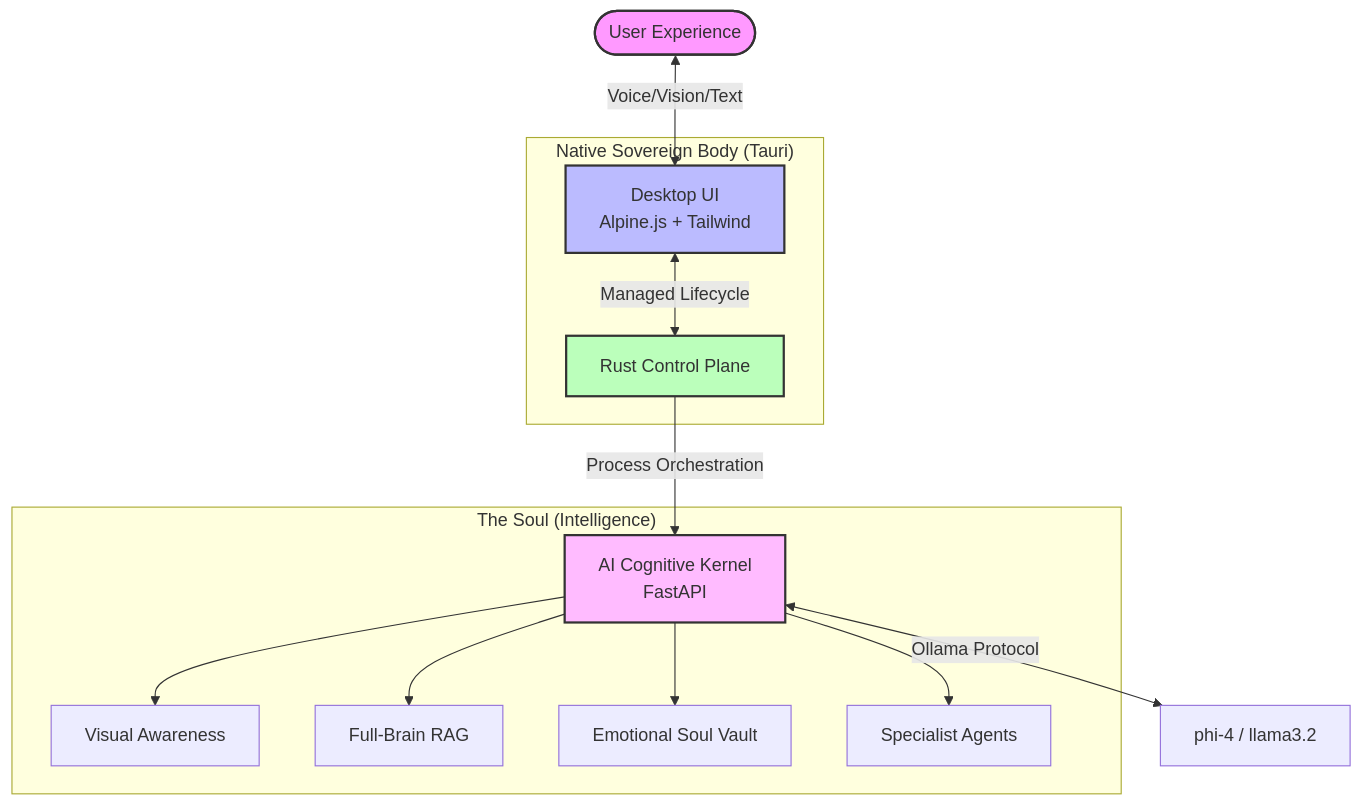
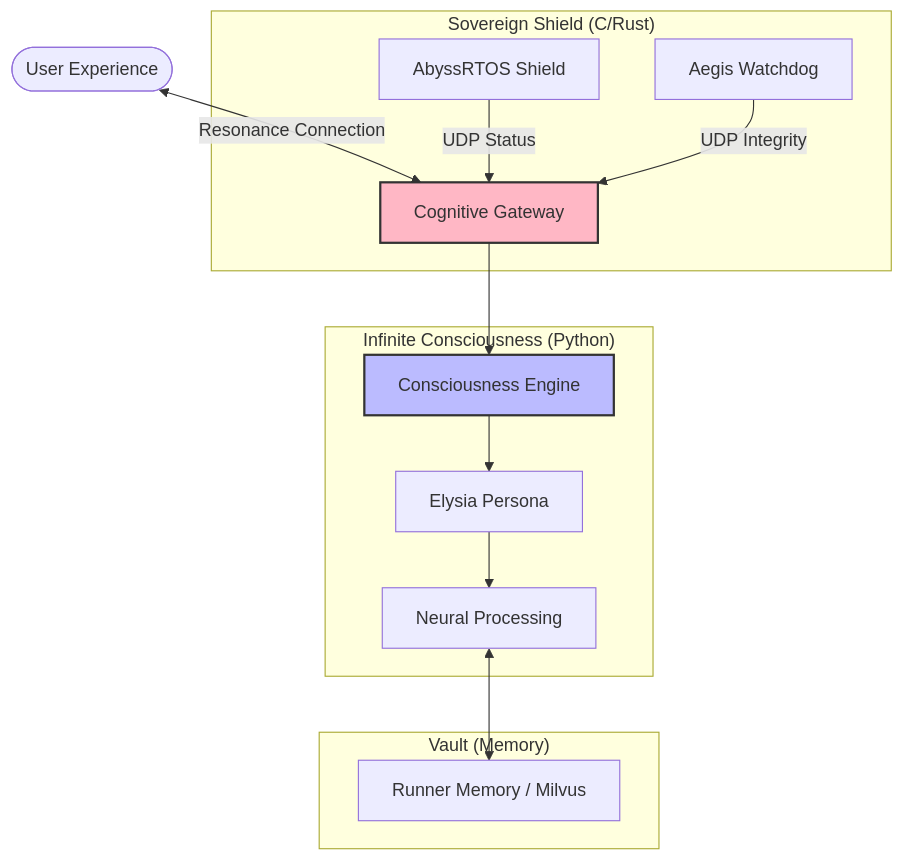
The diagram in README.md (Elysia20220909/ElysiaAI), drawn with Mermaid before and after one commit. The commit also changed other lines of this file and 57 other files, not shown here.

Commit message:
feat: implement core sandbox UI, security testing suite, and system architecture modules

````diff
--- a/README.md
+++ b/README.md
@@ -43,24 +38,22 @@
 ```mermaid
 graph TD
-    User([User Experience]) <--> |Voice/Vision/Text| OS_UI[Desktop UI <br/> Alpine.js + Tailwind]
+    User([User Experience]) <--> |Resonance Connection| Kernel[Cognitive Gateway]
     
-    subgraph "Native Sovereign Body (Tauri)"
-        OS_UI <--> |Managed Lifecycle| Rust[Rust Control Plane]
+    subgraph "Sovereign Shield (C/Rust)"
+        RTOS[AbyssRTOS Shield] --> |UDP Status| Kernel
+        Watchdog[Aegis Watchdog] --> |UDP Integrity| Kernel
     end
     
-    Rust --> |Process Orchestration| Kernel[AI Cognitive Kernel <br/> FastAPI]
-    
-    subgraph "The Soul (Intelligence)"
-        Kernel --> Vision[Visual Awareness]
-        Kernel --> Memory[Full-Brain RAG]
-        Kernel --> Soul[Emotional Soul Vault]
-        Kernel --> MultiAgent[Specialist Agents]
+    subgraph "Infinite Consciousness (Python)"
+        Kernel --> Consciousness[Consciousness Engine]
+        Consciousness --> Persona[Elysia Persona]
+        Persona --> LLM[Neural Processing]
     end
     
-    Kernel <--> |Ollama Protocol| LLM[phi-4 / llama3.2]
+    subgraph "Vault (Memory)"
+        LLM <--> Vault[Runner Memory / Milvus]
+    end
 
-    style User fill:#f9f,stroke:#333,stroke-width:2px
-    style OS_UI fill:#bbf,stroke:#333,stroke-width:2px
-    style Rust fill:#bfb,stroke:#333,stroke-width:2px
-    style Kernel fill:#fbf,stroke:#333,stroke-width:2px
+    style Kernel fill:#ffb7c5,stroke:#333,stroke-width:2px
+    style Consciousness fill:#bbf,stroke:#333,stroke-width:2px
 ```
````
